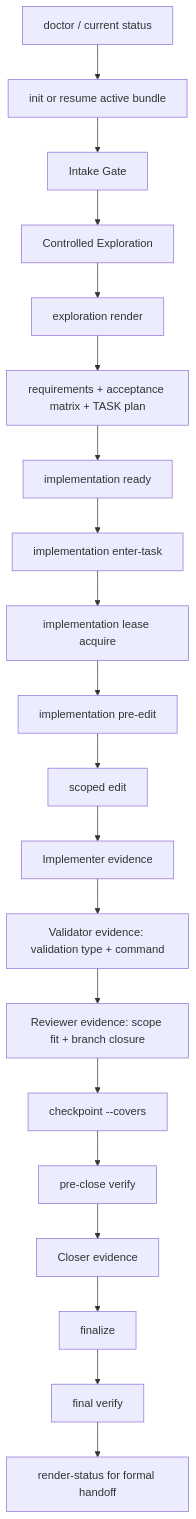
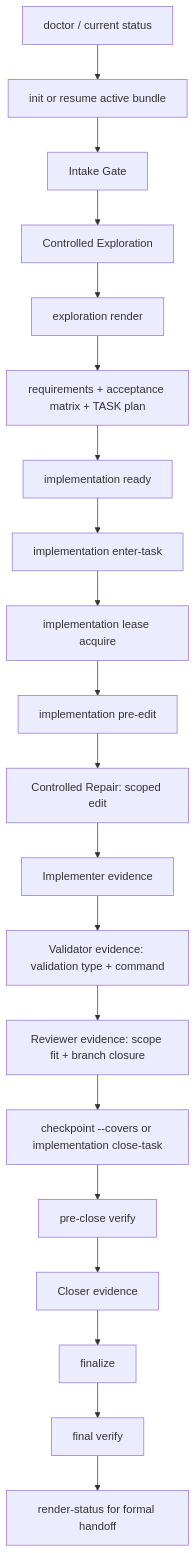
One commit to junsierqi/idea-to-code changed the diagram in skills/idea-to-code/references/workflow.md. Above: the diagram before and after it, drawn with Mermaid. The commit also changed other lines of this file and 7 other files, not shown here.

Commit message:
Harden controlled repair lifecycle

````diff
--- a/skills/idea-to-code/references/workflow.md
+++ b/skills/idea-to-code/references/workflow.md
@@ -172,22 +172,22 @@
 ```mermaid
 flowchart TD
   A[doctor / current status] --> B[init or resume active bundle]
   B --> C[Intake Gate]
   C --> D[Controlled Exploration]
   D --> ER[exploration render]
   ER --> R[requirements + acceptance matrix + TASK plan]
   R --> G[implementation ready]
   G --> T[implementation enter-task]
   T --> L[implementation lease acquire]
   L --> P[implementation pre-edit]
-  P --> E[scoped edit]
+  P --> E[Controlled Repair: scoped edit]
   E --> I[Implementer evidence]
   I --> V[Validator evidence: validation type + command]
   V --> RV[Reviewer evidence: scope fit + branch closure]
-  RV --> M[checkpoint --covers]
+  RV --> M[checkpoint --covers or implementation close-task]
   M --> PV[pre-close verify]
   PV --> CL[Closer evidence]
   CL --> F[finalize]
   F --> FV[final verify]
   FV --> RS[render-status for formal handoff]
 ```
````
